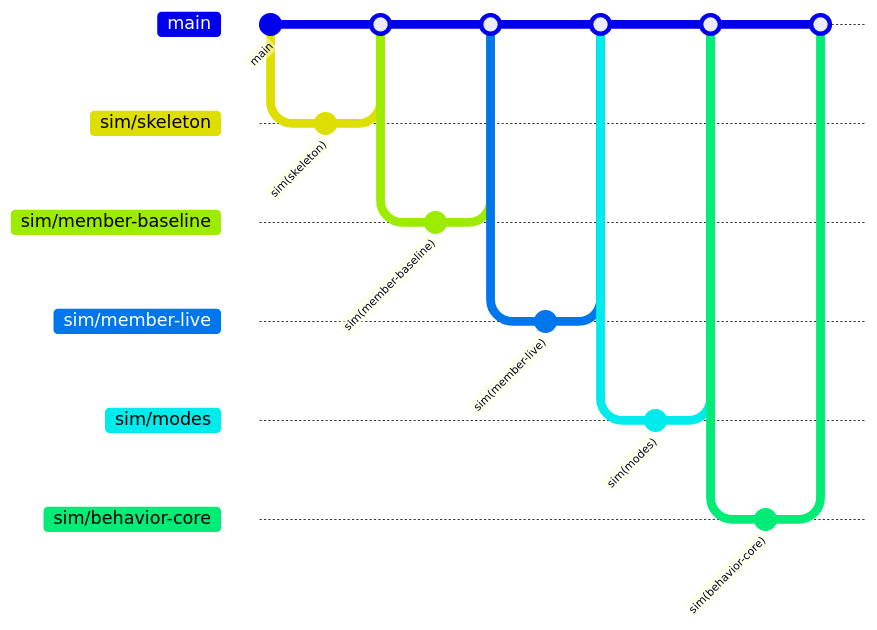
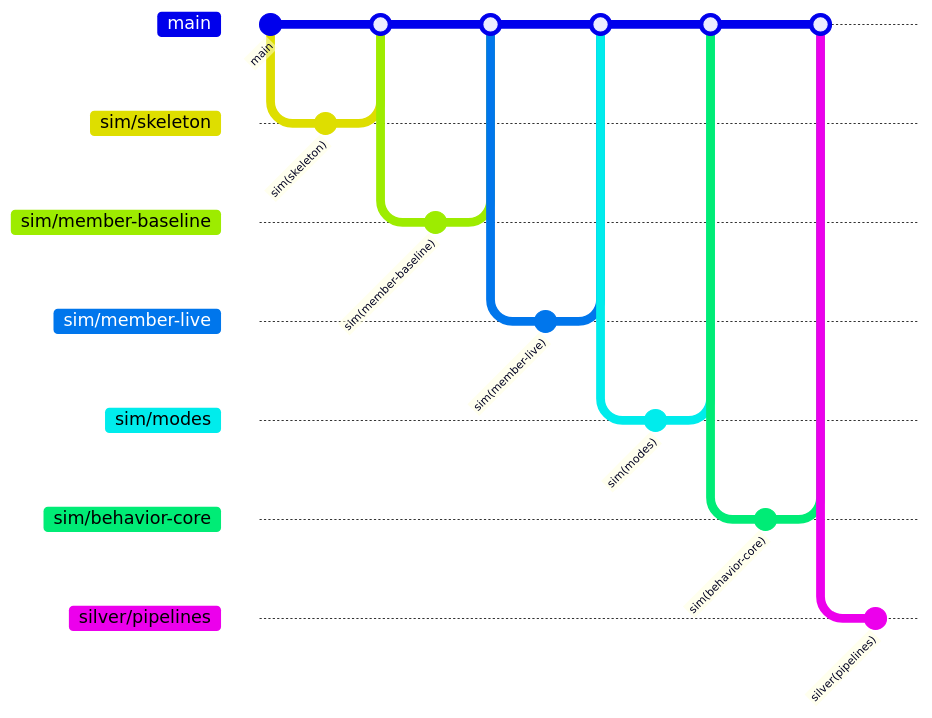
One commit to josiah113366-sketch/clothes-query changed the diagram in docs/BRANCHES.md. Above: the diagram before and after it, drawn with Mermaid. The commit also changed other lines of this file and 4 other files, not shown here.

Commit message:
silver(pipelines): 리뷰 날짜 경로와 main 호환성 정리

````diff
--- a/docs/BRANCHES.md
+++ b/docs/BRANCHES.md
@@ -35,24 +35,26 @@
 ```mermaid
 gitGraph
   commit id: "main"
   branch sim/skeleton
   commit id: "sim(skeleton)"
   checkout main
   merge sim/skeleton
   branch sim/member-baseline
   commit id: "sim(member-baseline)"
   checkout main
   merge sim/member-baseline
   branch sim/member-live
   commit id: "sim(member-live)"
   checkout main
   merge sim/member-live
   branch sim/modes
   commit id: "sim(modes)"
   checkout main
   merge sim/modes
   branch sim/behavior-core
   commit id: "sim(behavior-core)"
   checkout main
   merge sim/behavior-core
+  branch silver/pipelines
+  commit id: "silver(pipelines)"
 ```
````
